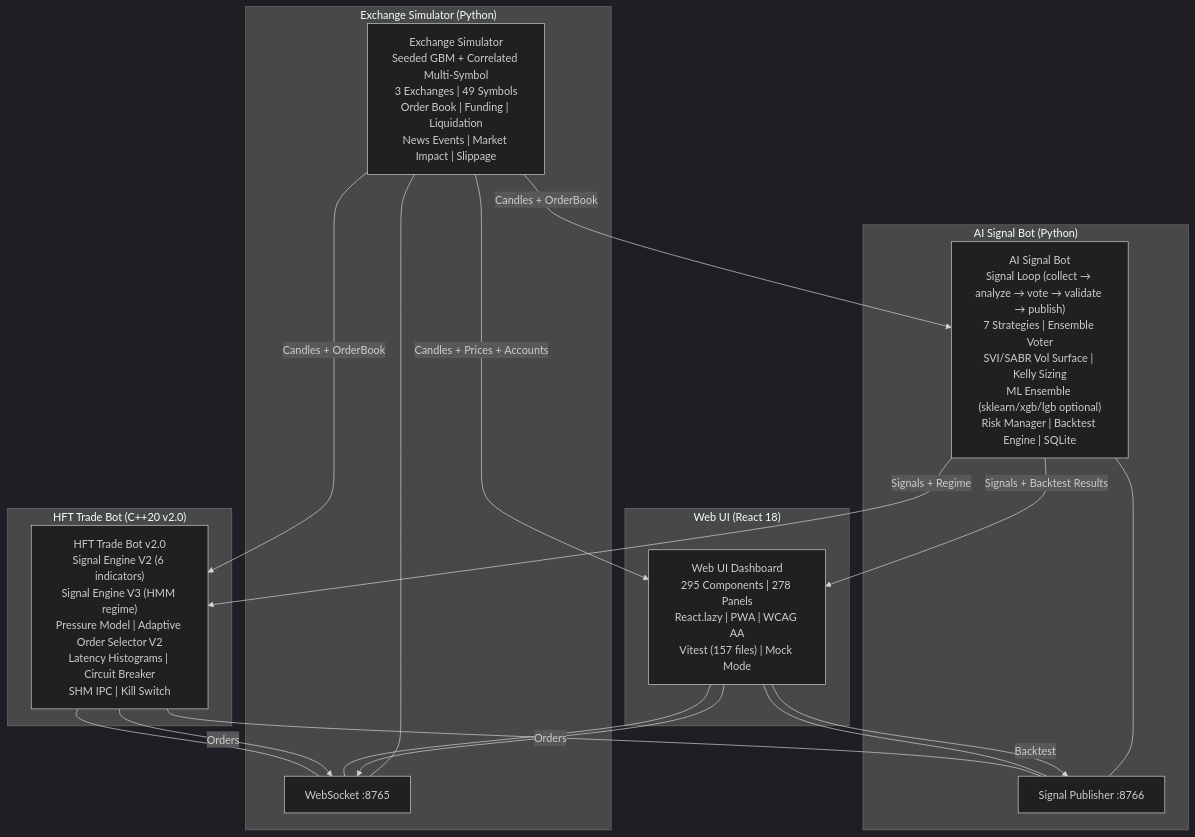
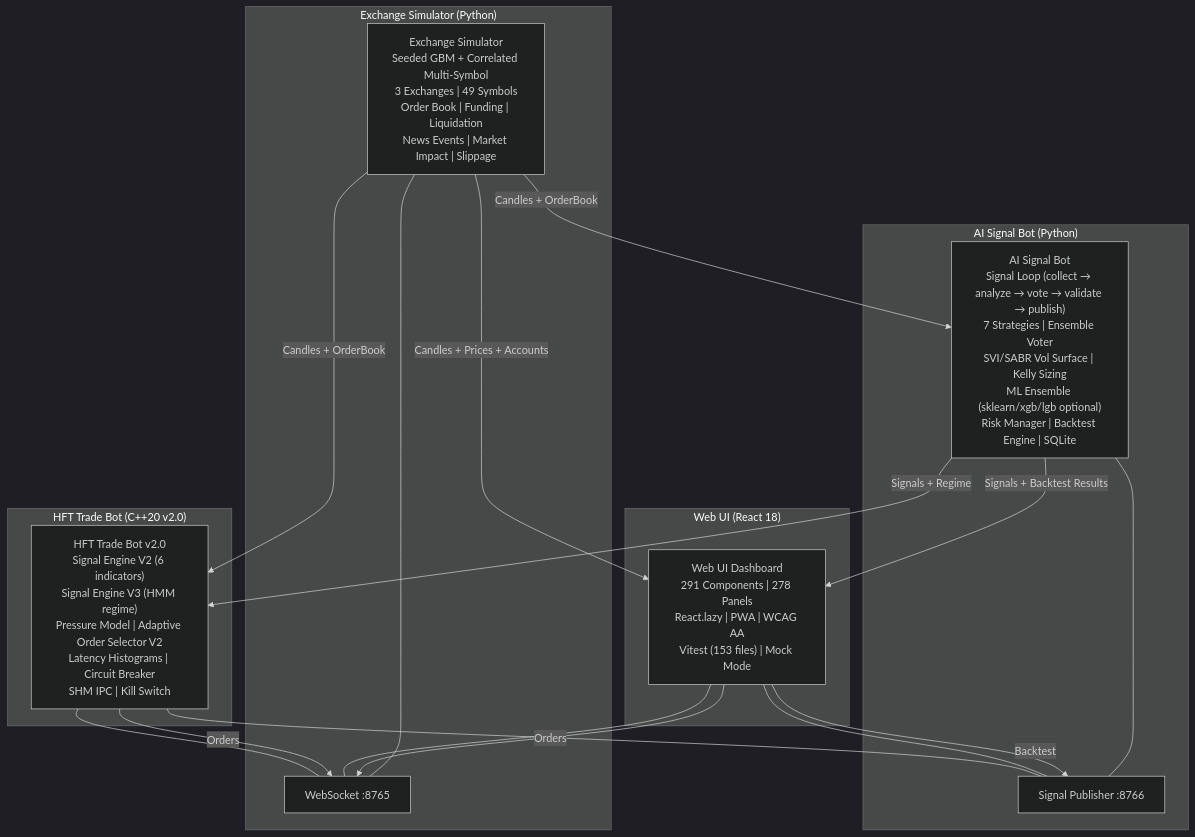
Before and after one commit to ezpectus/HFT-trading-simulator: the first of 2 diagrams in docs/ARCHITECTURE.md, drawn with Mermaid (dark theme). The commit also changed other lines of this file and 3 other files, not shown here.

````diff
--- a/docs/ARCHITECTURE.md
+++ b/docs/ARCHITECTURE.md
@@ -71,35 +71,35 @@
 ```mermaid
 graph TB
     subgraph "Exchange Simulator (Python)"
         ES["Exchange Simulator<br/>Seeded GBM + Correlated Multi-Symbol<br/>3 Exchanges | 49 Symbols<br/>Order Book | Funding | Liquidation<br/>News Events | Market Impact | Slippage"]
         WS8765[WebSocket :8765]
         WS8765 --- ES
     end
 
     subgraph "AI Signal Bot (Python)"
         AI["AI Signal Bot<br/>Signal Loop (collect → analyze → vote → validate → publish)<br/>7 Strategies | Ensemble Voter<br/>SVI/SABR Vol Surface | Kelly Sizing<br/>ML Ensemble (sklearn/xgb/lgb optional)<br/>Risk Manager | Backtest Engine | SQLite"]
         WS8766[Signal Publisher :8766]
         WS8766 --- AI
     end
 
     subgraph "HFT Trade Bot (C++20 v2.0)"
         HFT["HFT Trade Bot v2.0<br/>Signal Engine V2 (6 indicators)<br/>Signal Engine V3 (HMM regime)<br/>Pressure Model | Adaptive Order Selector V2<br/>Latency Histograms | Circuit Breaker<br/>SHM IPC | Kill Switch"]
         HFT --- WS8765
         HFT --- WS8766
         HFT -->|Orders| WS8765
     end
 
     subgraph "Web UI (React 18)"
-        UI["Web UI Dashboard<br/>295 Components | 278 Panels<br/>React.lazy | PWA | WCAG AA<br/>Vitest (157 files) | Mock Mode"]
+        UI["Web UI Dashboard<br/>291 Components | 278 Panels<br/>React.lazy | PWA | WCAG AA<br/>Vitest (153 files) | Mock Mode"]
         UI --- WS8765
         UI --- WS8766
         UI -->|Orders| WS8765
         UI -->|Backtest| WS8766
     end
 
     ES -->|Candles + OrderBook| AI
     ES -->|Candles + OrderBook| HFT
     ES -->|Candles + Prices + Accounts| UI
     AI -->|Signals + Regime| HFT
     AI -->|Signals + Backtest Results| UI
 ```
````
